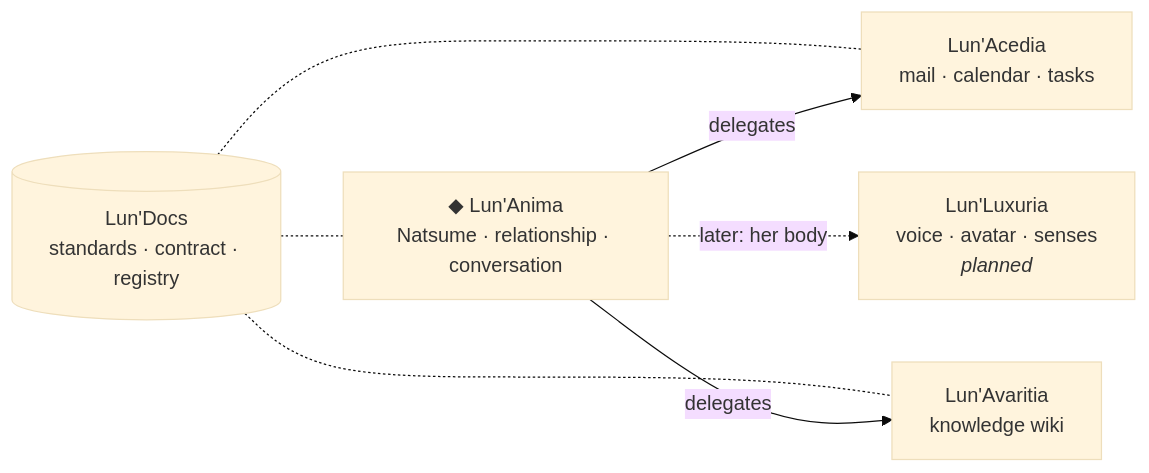
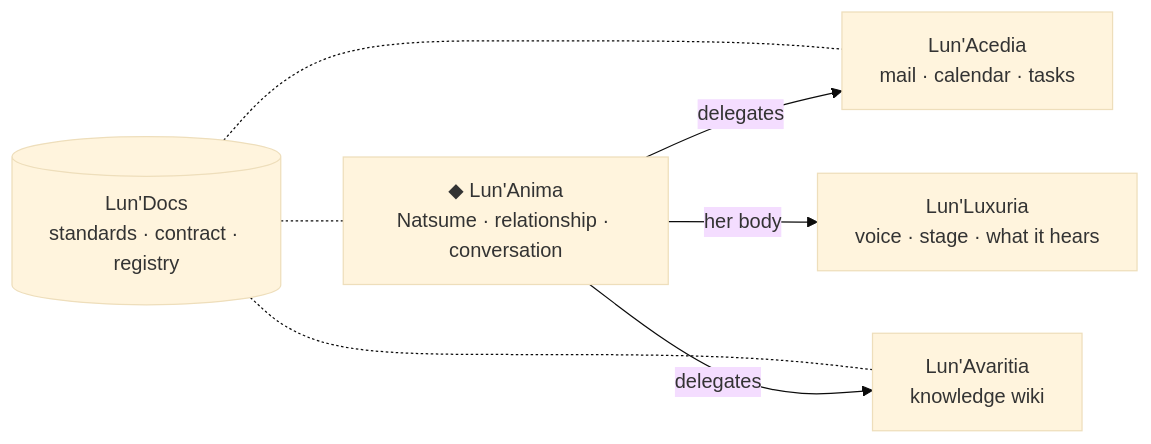
Before and after one commit to Lun-Ecosystem/.github: the diagram in profile/README.md, drawn with Mermaid (base theme). The commit also changed other lines of this file, not shown here.

Commit message:
docs(profile): Lun'Luxuria exists now
Claude-Session: https://claude.ai/code/session_01QWUWLbTmXnpy4DQ7nEFoJ8

````diff
--- a/profile/README.md
+++ b/profile/README.md
@@ -28,15 +28,15 @@
 ```mermaid
 flowchart LR
     CORE["◆ Lun'Anima<br/>Natsume · relationship · conversation"]
     ACEDIA["Lun'Acedia<br/>mail · calendar · tasks"]
     AVARITIA["Lun'Avaritia<br/>knowledge wiki"]
-    LUXURIA["Lun'Luxuria<br/>voice · avatar · senses<br/><i>planned</i>"]
+    LUXURIA["Lun'Luxuria<br/>voice · stage · what it hears"]
     DOCS[("Lun'Docs<br/>standards · contract · registry")]
 
     CORE -- "delegates" --> ACEDIA
     CORE -- "delegates" --> AVARITIA
-    CORE -. "later: her body" .-> LUXURIA
+    CORE -- "her body" --> LUXURIA
     DOCS -.- CORE
     DOCS -.- ACEDIA
     DOCS -.- AVARITIA
 ```
````
